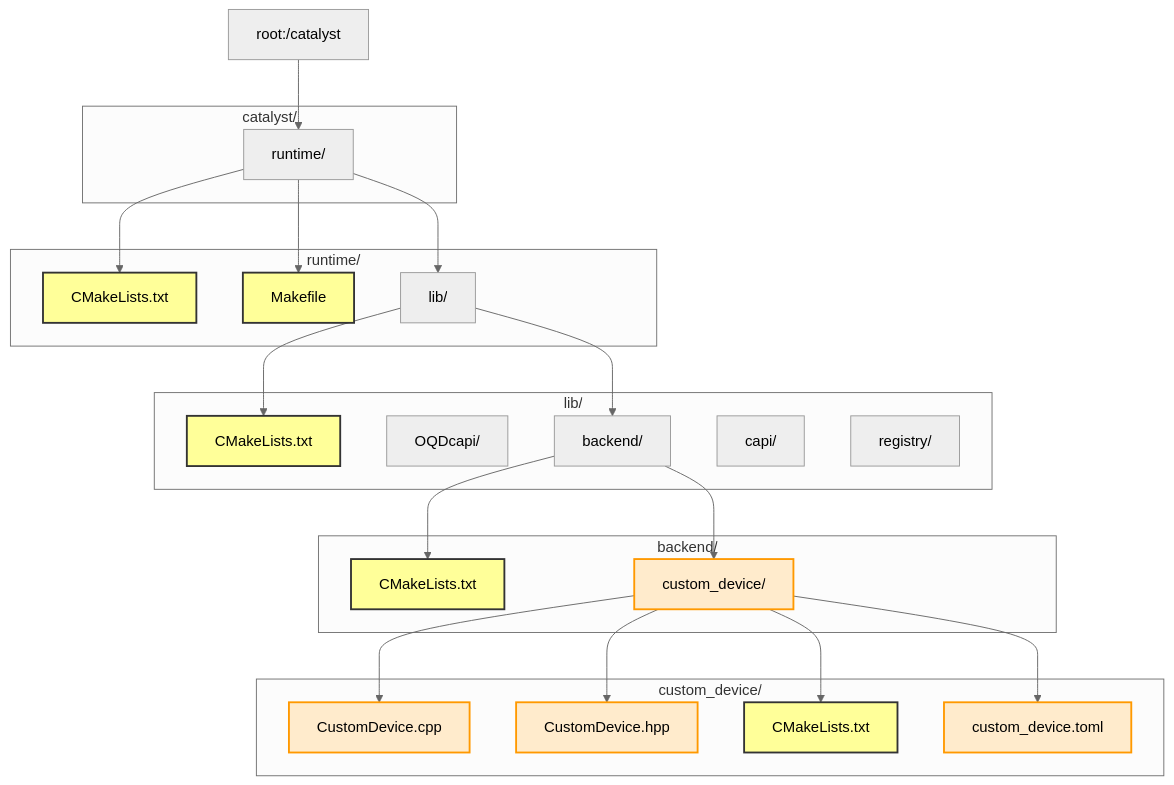
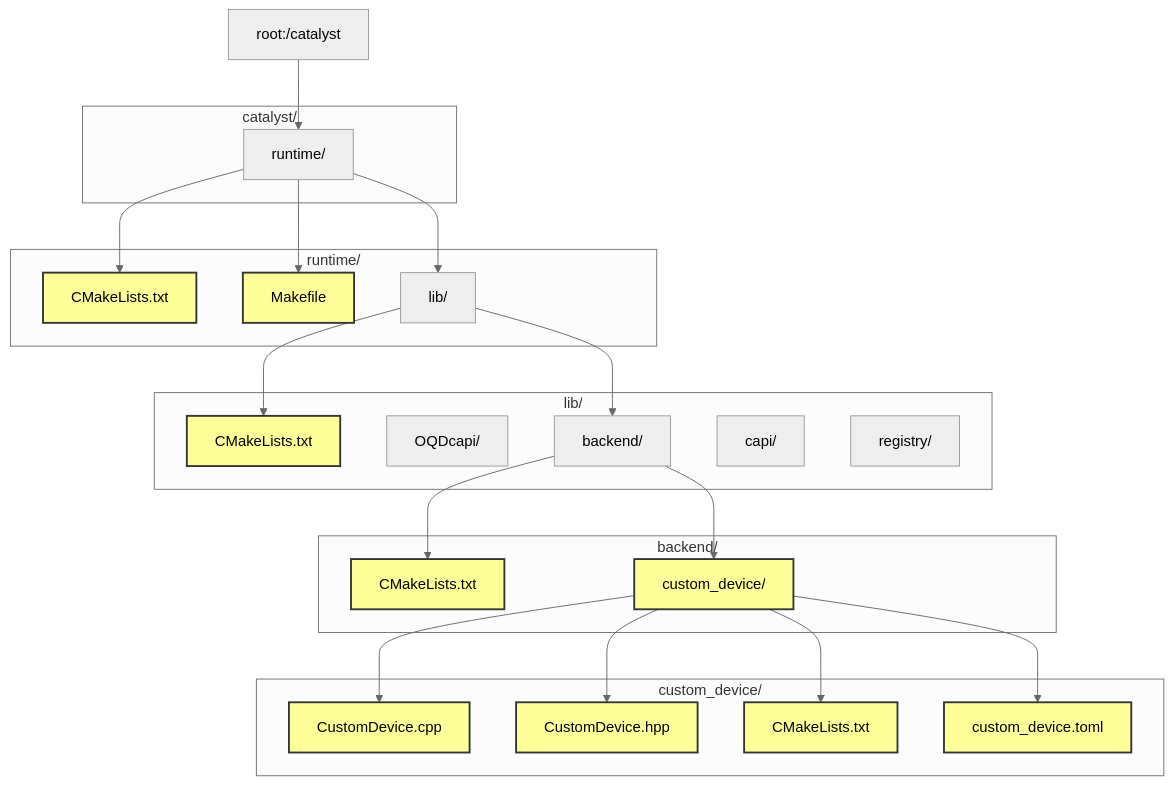
One commit to Ameya674/how_to_add_a_custom_device_in_Catalyst changed the diagram in README.md. Above: the diagram before and after it, drawn with Mermaid (neutral theme).

````diff
--- a/README.md
+++ b/README.md
@@ -3,59 +3,54 @@
 ```mermaid
 graph TD
 
   A[root:/catalyst]
 
   subgraph catalyst/
     A1[runtime/]
   end
 
   subgraph runtime/
     R1[CMakeLists.txt]
     R2[Makefile]
     R3[lib/]
   end
 
   subgraph lib/
     L1[CMakeLists.txt]
     L2[OQDcapi/]
     L3[backend/]
     L4[capi/]
     L5[registry/]
   end
 
   subgraph backend/
     B1[CMakeLists.txt]
     B2[custom_device/]
   end
 
   subgraph custom_device/
     CD1[CustomDevice.cpp]
     CD2[CustomDevice.hpp]
     CD3[CMakeLists.txt]
     CD4[custom_device.toml]
   end
 
   %% Relationships
   A --> A1
   A1 --> R1
   A1 --> R2
   A1 --> R3
   R3 --> L1
   R3 --> L3
   L3 --> B1
   L3 --> B2
   B2 --> CD1
   B2 --> CD2
   B2 --> CD3
   B2 --> CD4
 
-  %% Styling
+  %% Unified yellow style
   classDef yellow fill:#ffff99,stroke:#333,stroke-width:2px,color:#000;
-  classDef custom fill:#ffebcc,stroke:#ff9900,stroke-width:2px;
 
-  class R1,R2,L1,B1,CD3 yellow;
-  class B2,CD1,CD2,CD4 custom;
-
-
-
+  class R1,R2,L1,B1,B2,CD1,CD2,CD3,CD4 yellow;
 ```
````
